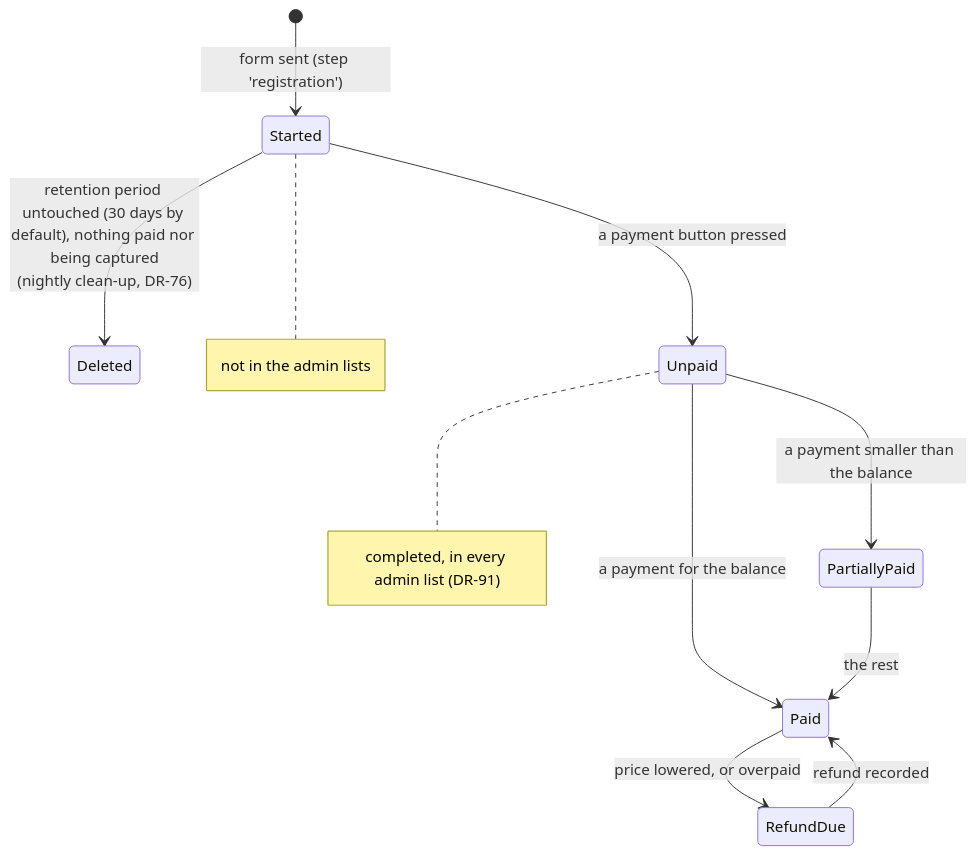
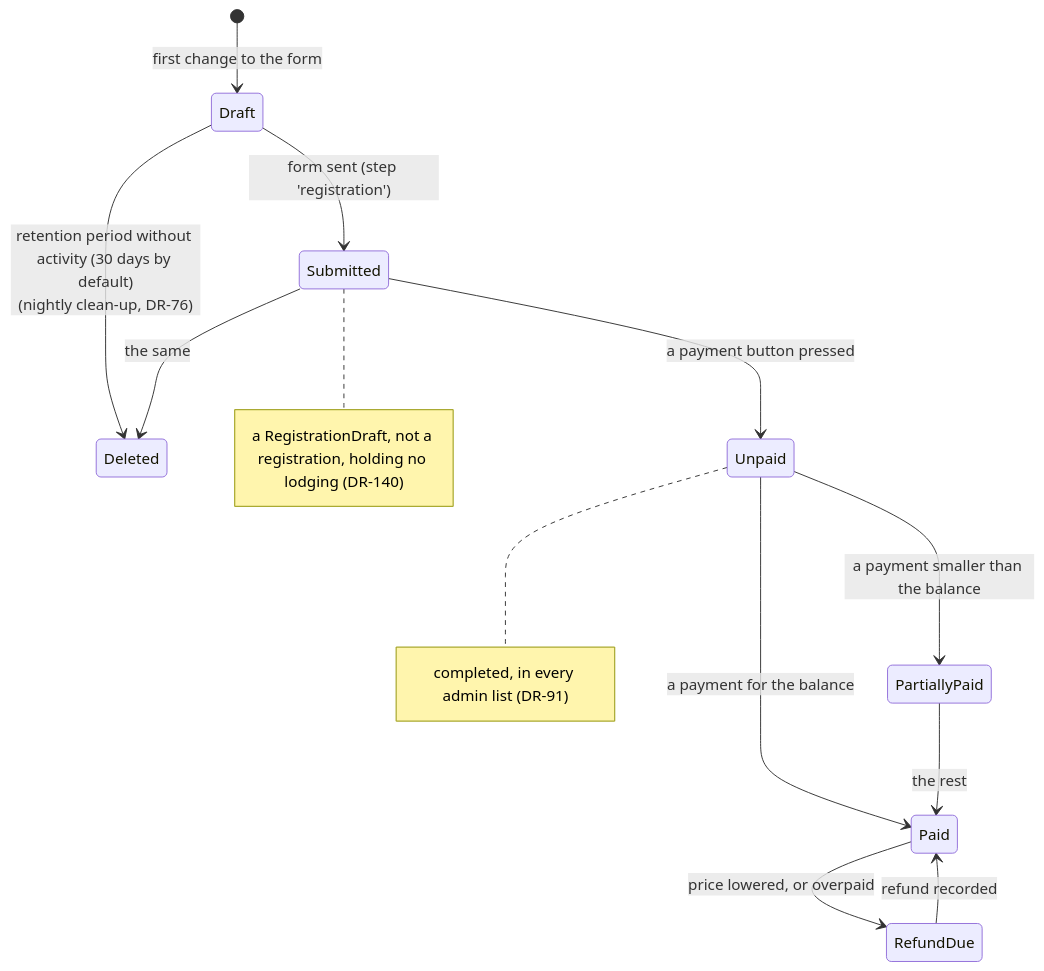
The second of 12 diagrams in doc/payments.md (camphoric/camphoric), drawn with Mermaid before and after one commit. The commit also changed other lines of this file and 49 other files, not shown here.

````diff
--- a/doc/payments.md
+++ b/doc/payments.md
@@ -116,13 +116,15 @@
 ```mermaid
 stateDiagram-v2
-    [*] --> Started: form sent (step 'registration')
-    Started --> Deleted: retention period untouched (30 days by default), nothing paid nor being captured<br/>(nightly clean-up, DR-76)
-    Started --> Unpaid: a payment button pressed
+    [*] --> Draft: first change to the form
+    Draft --> Submitted: form sent (step 'registration')
+    Draft --> Deleted: retention period without activity (30 days by default)<br/>(nightly clean-up, DR-76)
+    Submitted --> Deleted: the same
+    Submitted --> Unpaid: a payment button pressed
     Unpaid --> PartiallyPaid: a payment smaller than the balance
     Unpaid --> Paid: a payment for the balance
     PartiallyPaid --> Paid: the rest
     Paid --> RefundDue: price lowered, or overpaid
     RefundDue --> Paid: refund recorded
-    note right of Started : not in the admin lists
+    note right of Submitted : a RegistrationDraft, not a registration, holding no lodging (DR-140)
     note right of Unpaid : completed, in every admin list (DR-91)
 ```
````
